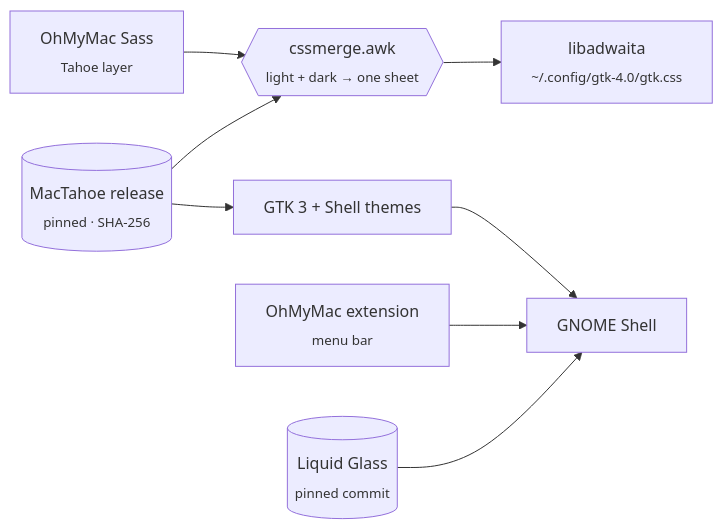
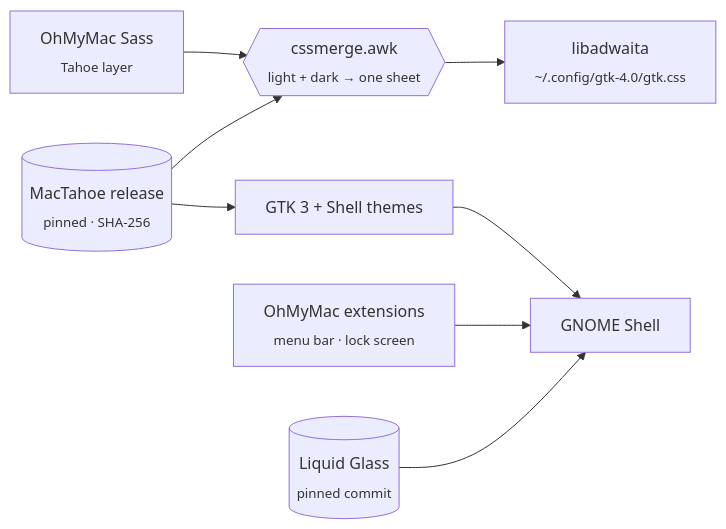
The diagram in README.md (cmpdchtr/OhMyMac), drawn with Mermaid before and after one commit. The commit also changed other lines of this file and 12 other files, not shown here.

First line of the commit message:
Lock and login screens with the macOS Tahoe layout

````diff
--- a/README.md
+++ b/README.md
@@ -325,10 +328,10 @@
 ```mermaid
 flowchart LR
     MT[("MacTahoe release<br/><sub>pinned · SHA-256</sub>")] --> L
     OS["OhMyMac Sass<br/><sub>Tahoe layer</sub>"] --> L
     L{{"cssmerge.awk<br/><sub>light + dark → one sheet</sub>"}} --> G4["libadwaita<br/><sub>~/.config/gtk-4.0/gtk.css</sub>"]
     MT --> G3["GTK 3 + Shell themes"]
     LG[("Liquid Glass<br/><sub>pinned commit</sub>")] --> SH["GNOME Shell"]
-    EXT["OhMyMac extension<br/><sub>menu bar</sub>"] --> SH
+    EXT["OhMyMac extensions<br/><sub>menu bar · lock screen</sub>"] --> SH
     G3 --> SH
 ```
````
